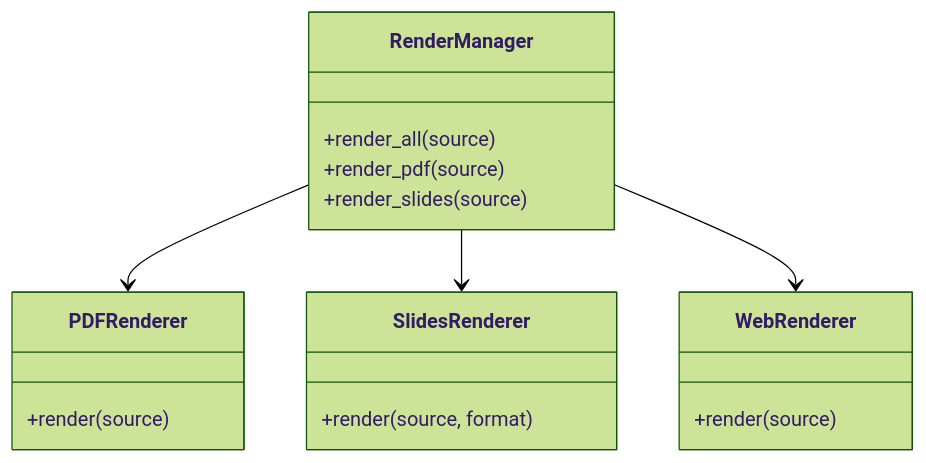
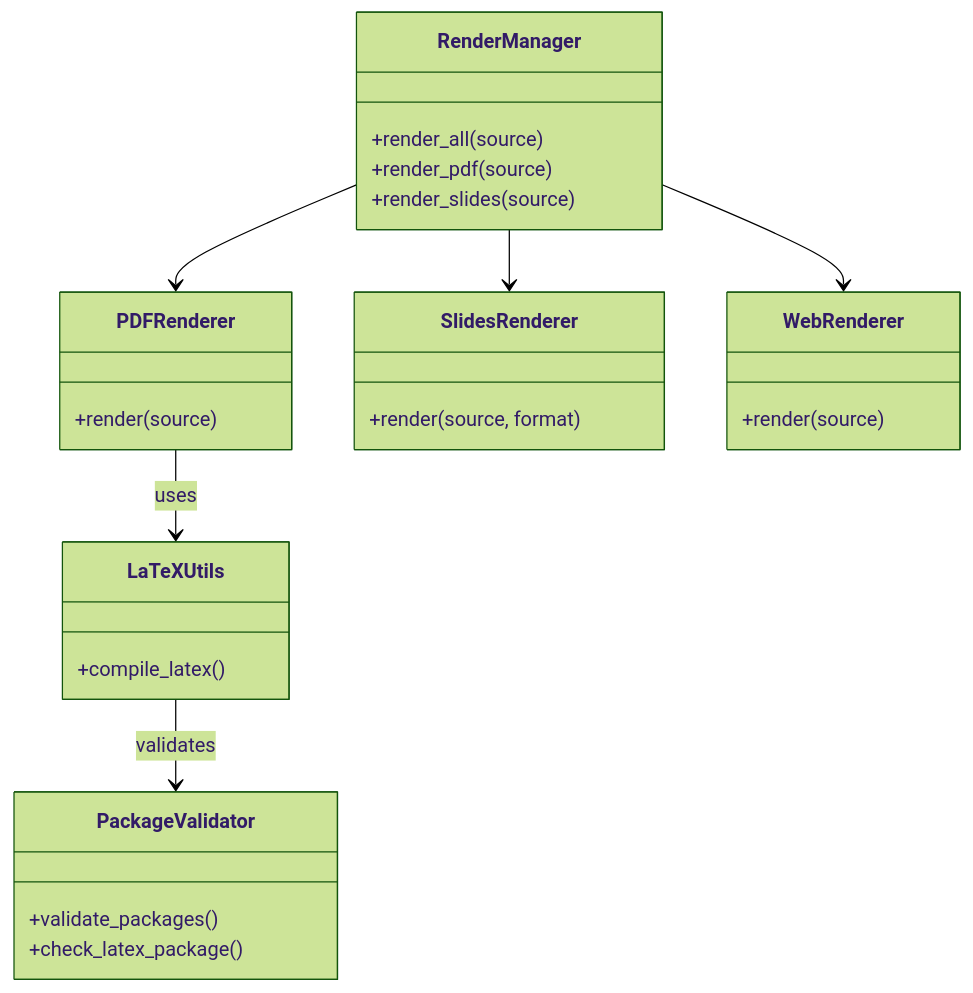
Before and after one commit to docxology/template: the diagram in infrastructure/rendering/AGENTS.md, drawn with Mermaid (forest theme). The commit also changed other lines of this file and 512 other files, not shown here.

````diff
--- a/infrastructure/rendering/AGENTS.md
+++ b/infrastructure/rendering/AGENTS.md
@@ -16,21 +16,32 @@
 ```mermaid
 classDiagram
     class RenderManager {
         +render_all(source)
         +render_pdf(source)
         +render_slides(source)
     }
     class PDFRenderer {
         +render(source)
     }
     class SlidesRenderer {
         +render(source, format)
     }
     class WebRenderer {
         +render(source)
     }
     
     RenderManager --> PDFRenderer
     RenderManager --> SlidesRenderer
     RenderManager --> WebRenderer
+
+    PDFRenderer --> LaTeXUtils : uses
+    LaTeXUtils --> PackageValidator : validates
+
+    class LaTeXUtils {
+        +compile_latex()
+    }
+    class PackageValidator {
+        +validate_packages()
+        +check_latex_package()
+    }
 ```
````
